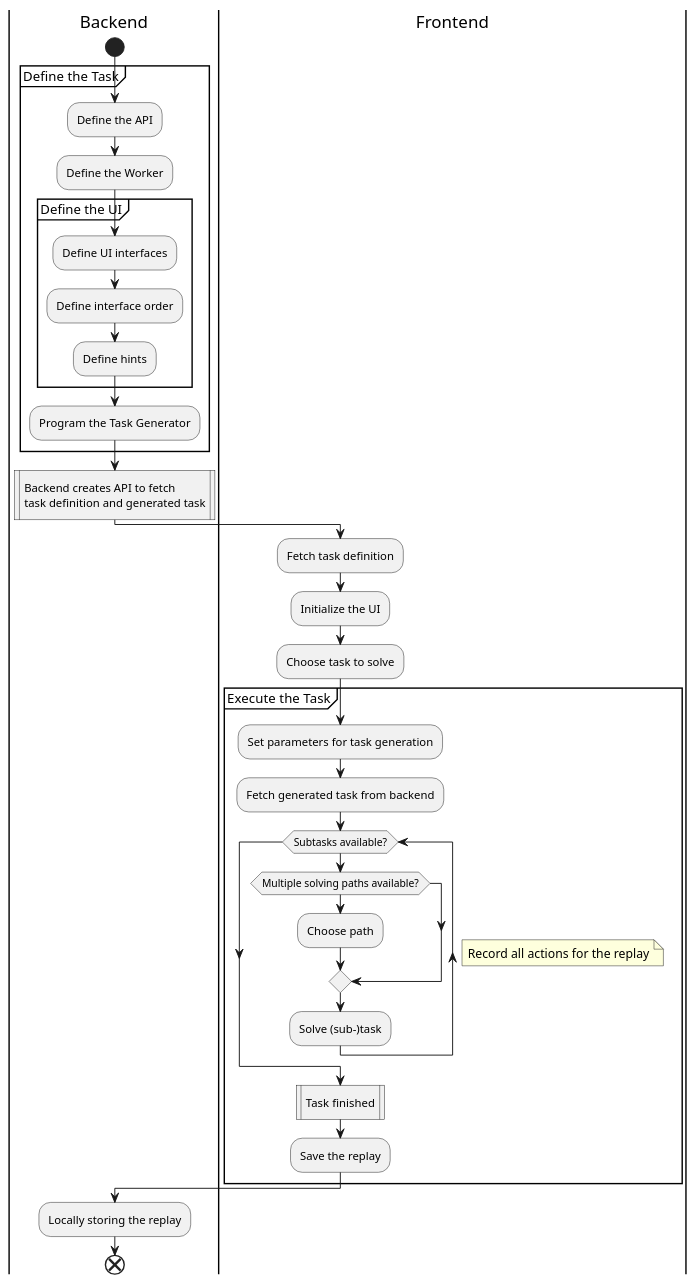
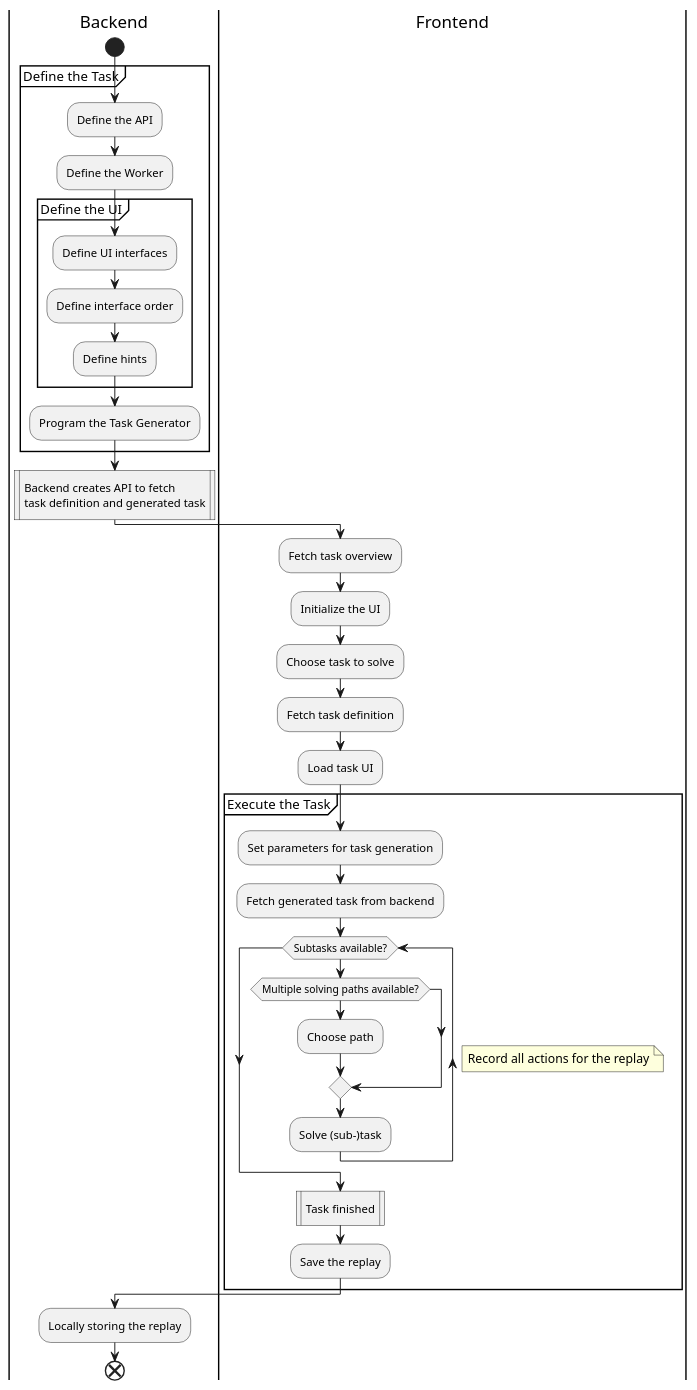
One commit to a-schulz/aladin_GAMIFY changed the diagram in diagrams/aladin_task_process.puml. Above: the diagram before and after it, drawn with PlantUML. The commit also changed 1 other file, not shown here.

```diff
--- a/diagrams/aladin_task_process.puml
+++ b/diagrams/aladin_task_process.puml
@@ -1,40 +1,42 @@
 @startuml aladin_task_process
 'https://plantuml.com/activity-diagram-beta
 
 |Backend|
     start
     group "Define the Task" {
         :Define the API;
         :Define the Worker;
         group "Define the UI" {
             :Define UI interfaces;
             :Define interface order;
             :Define hints;
         }
         :Program the Task Generator;
     }
     :Backend creates API to fetch
     task definition and generated task|
 |Frontend|
-    :Fetch task definition;
+    :Fetch task overview;
     :Initialize the UI;
     :Choose task to solve;
+    :Fetch task definition;
+    :Load task UI;
     group "Execute the Task" {
         note right
             Record all actions for the replay
         end note
         :Set parameters for task generation;
         :Fetch generated task from backend;
         while (Subtasks available?)
             if (Multiple solving paths available?)
                 :Choose path;
             endif
                 :Solve (sub-)task;
         endwhile
         :Task finished|
         :Save the replay;
     }
 |Backend|
     :Locally storing the replay;
     end
 @enduml
```
